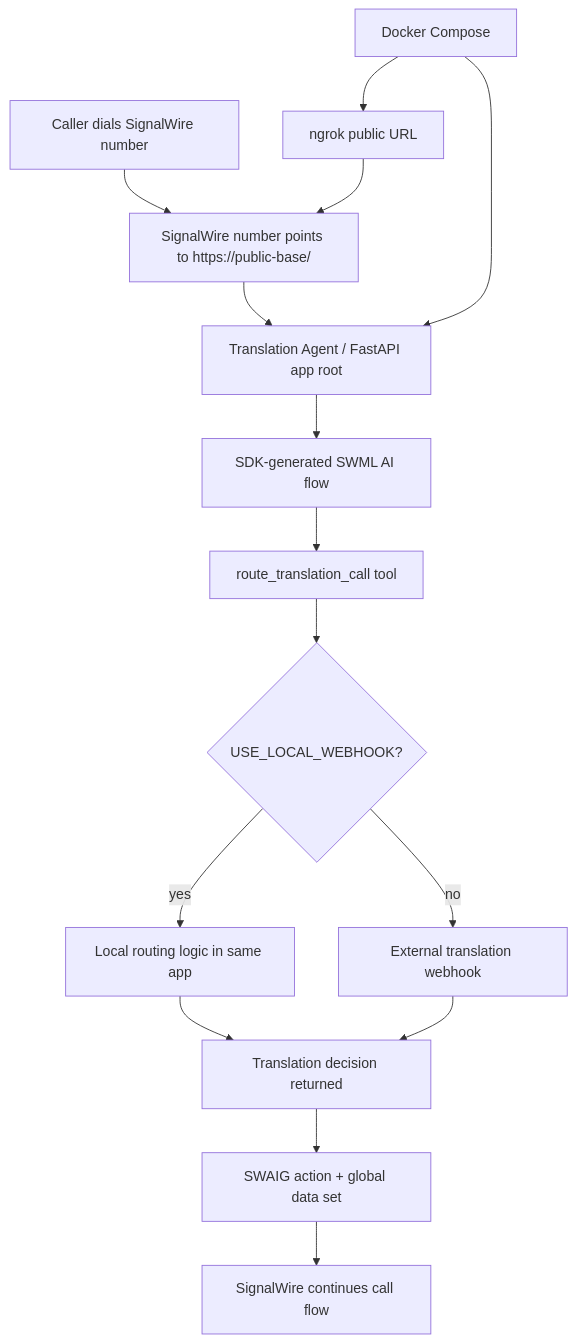
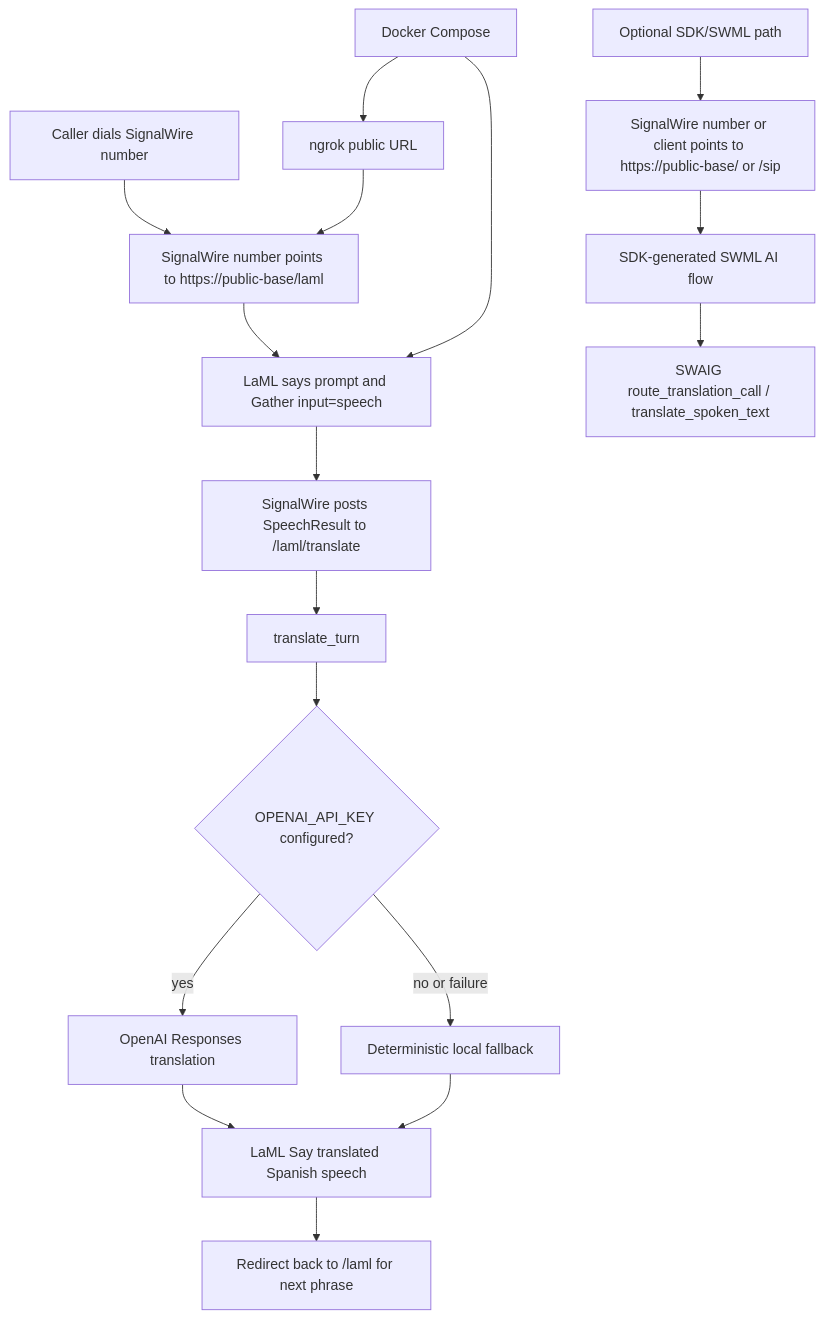
One commit to agonza1/Real-Time-Translation-AI-Agent changed the diagram in README.md. Above: the diagram before and after it, drawn with Mermaid. The commit also changed other lines of this file and 6 other files, not shown here.

First line of the commit message:
Issue #3: add live-call demo path (#13)

````diff
--- a/README.md
+++ b/README.md
@@ -19,18 +26,21 @@
 ```mermaid
 flowchart TD
-    A[Caller dials SignalWire number] --> B[SignalWire number points to https://public-base/]
-    B --> C[Translation Agent / FastAPI app root]
-    C --> D[SDK-generated SWML AI flow]
-    D --> E[route_translation_call tool]
-    E --> F{USE_LOCAL_WEBHOOK?}
-    F -->|yes| G[Local routing logic in same app]
-    F -->|no| H[External translation webhook]
-    G --> I[Translation decision returned]
+    A[Caller dials SignalWire number] --> B[SignalWire number points to https://public-base/laml]
+    B --> C[LaML says prompt and Gather input=speech]
+    C --> D[SignalWire posts SpeechResult to /laml/translate]
+    D --> E[translate_turn]
+    E --> F{OPENAI_API_KEY configured?}
+    F -->|yes| G[OpenAI Responses translation]
+    F -->|no or failure| H[Deterministic local fallback]
+    G --> I[LaML Say translated Spanish speech]
     H --> I
-    I --> J[SWAIG action + global data set]
-    J --> K[SignalWire continues call flow]
+    I --> J[Redirect back to /laml for next phrase]
 
-    L[ngrok public URL] --> B
-    M[Docker Compose] --> C
-    M --> L
+    K[Optional SDK/SWML path] --> L[SignalWire number or client points to https://public-base/ or /sip]
+    L --> M[SDK-generated SWML AI flow]
+    M --> N[SWAIG route_translation_call / translate_spoken_text]
+
+    O[ngrok public URL] --> B
+    P[Docker Compose] --> C
+    P --> O
 ```
````
